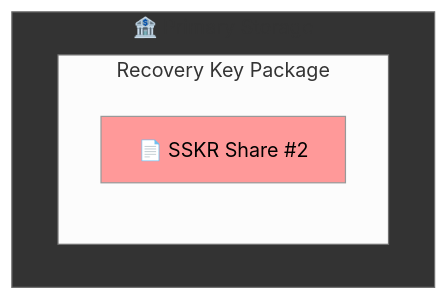
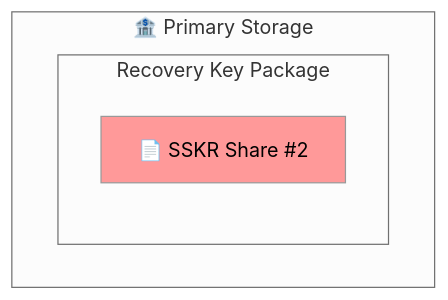
Diagram 16 of 26 in Docs/Scenario-Multisig.md (BlockchainCommons/SmartCustody), drawn with Mermaid (neutral theme) before and after one commit. The commit also changed other lines of this file, not shown here.

````diff
--- a/Docs/Scenario-Multisig.md
+++ b/Docs/Scenario-Multisig.md
@@ -569,10 +568,9 @@
     ```mermaid
     graph TD
     subgraph primary["🏦 Primary Storage"]
       subgraph "Recovery Key Package"
       C["📄 SSKR Share #2"]
       end
     end
-    style primary fill:#333;
     style C color:#000,fill:#ff9999;
     ```
````
